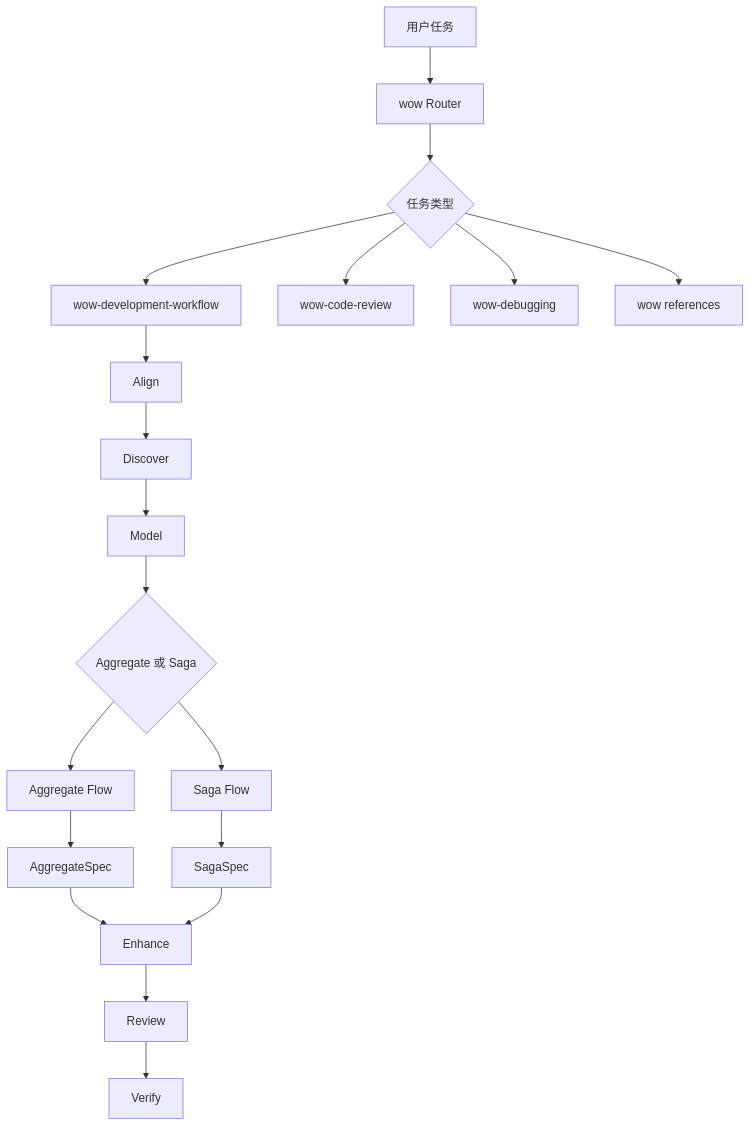
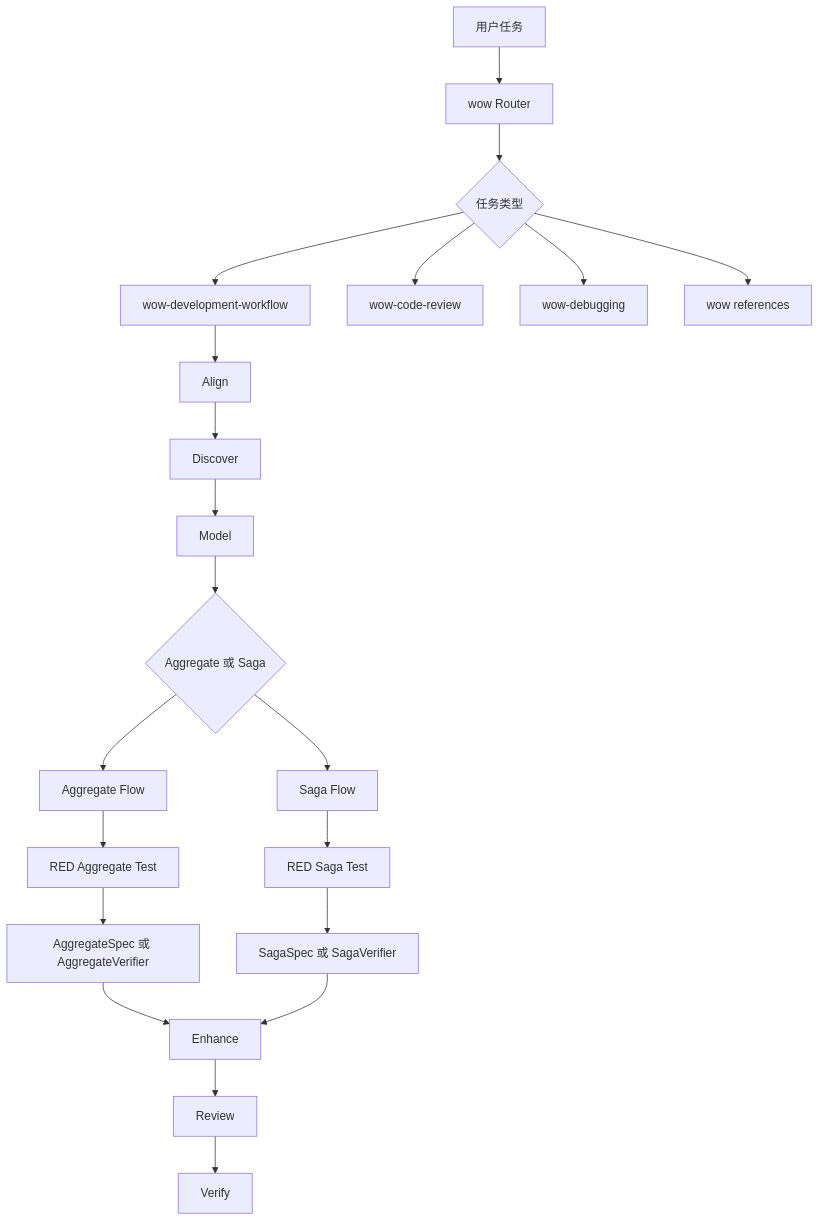
The diagram in skills/README.md (Ahoo-Wang/Wow), drawn with Mermaid before and after one commit. The commit also changed other lines of this file and 21 other files, not shown here.

````diff
--- a/skills/README.md
+++ b/skills/README.md
@@ -17,22 +17,24 @@
 ```mermaid
 graph TD
     A[用户任务] --> B[wow Router]
     B --> C{任务类型}
     C --> D[wow-development-workflow]
     C --> E[wow-code-review]
     C --> F[wow-debugging]
     C --> G[wow references]
 
     D --> D1[Align]
     D1 --> D2[Discover]
     D2 --> D3[Model]
     D3 --> D4{Aggregate 或 Saga}
     D4 --> D5[Aggregate Flow]
     D4 --> D6[Saga Flow]
-    D5 --> D7[AggregateSpec]
-    D6 --> D8[SagaSpec]
-    D7 --> D9[Enhance]
-    D8 --> D9
+    D5 --> D7[RED Aggregate Test]
+    D6 --> D8[RED Saga Test]
+    D7 --> D71[AggregateSpec 或 AggregateVerifier]
+    D8 --> D81[SagaSpec 或 SagaVerifier]
+    D71 --> D9[Enhance]
+    D81 --> D9
     D9 --> D10[Review]
     D10 --> D11[Verify]
 ```
````
